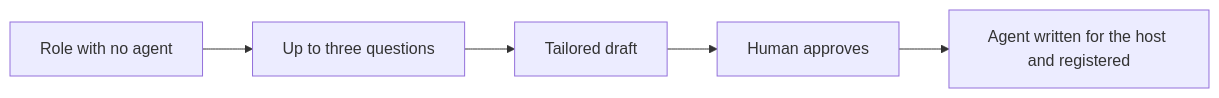
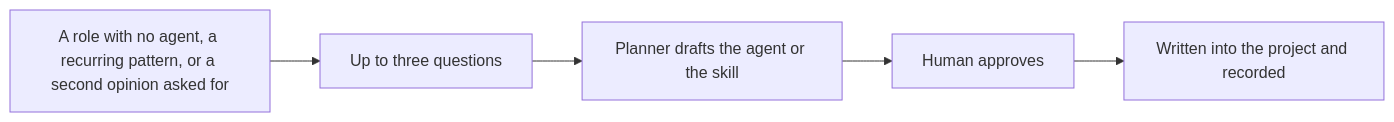
One commit to trustmybot/tmb changed diagram 11 of 12 in docs/flows/FLOWS.md. Above: the diagram before and after it, drawn with Mermaid. The commit also changed other lines of this file and 6 other files, not shown here.

Commit message:
📝 docs: cut the flow list to the eleven high-level flows

````diff
--- a/docs/flows/FLOWS.md
+++ b/docs/flows/FLOWS.md
@@ -304,7 +188,7 @@
 ```mermaid
 flowchart LR
-    A["Role with no agent"] --> B["Up to three questions"]
-    B --> C["Tailored draft"]
+    A["A role with no agent, a recurring pattern, or a second opinion asked for"] --> B["Up to three questions"]
+    B --> C["Planner drafts the agent or the skill"]
     C --> D["Human approves"]
-    D --> E["Agent written for the host and registered"]
+    D --> E["Written into the project and recorded"]
 ```
````
